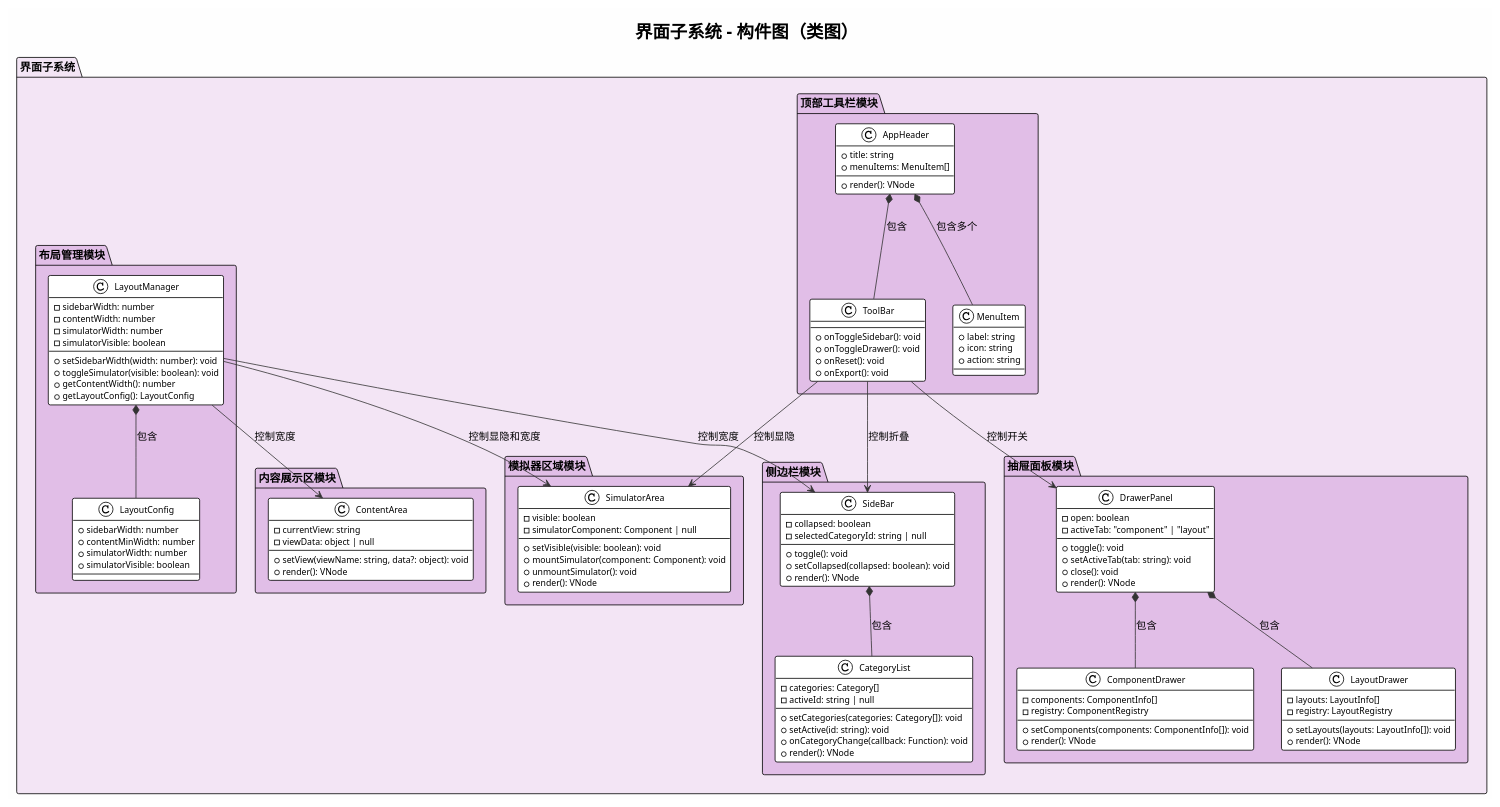
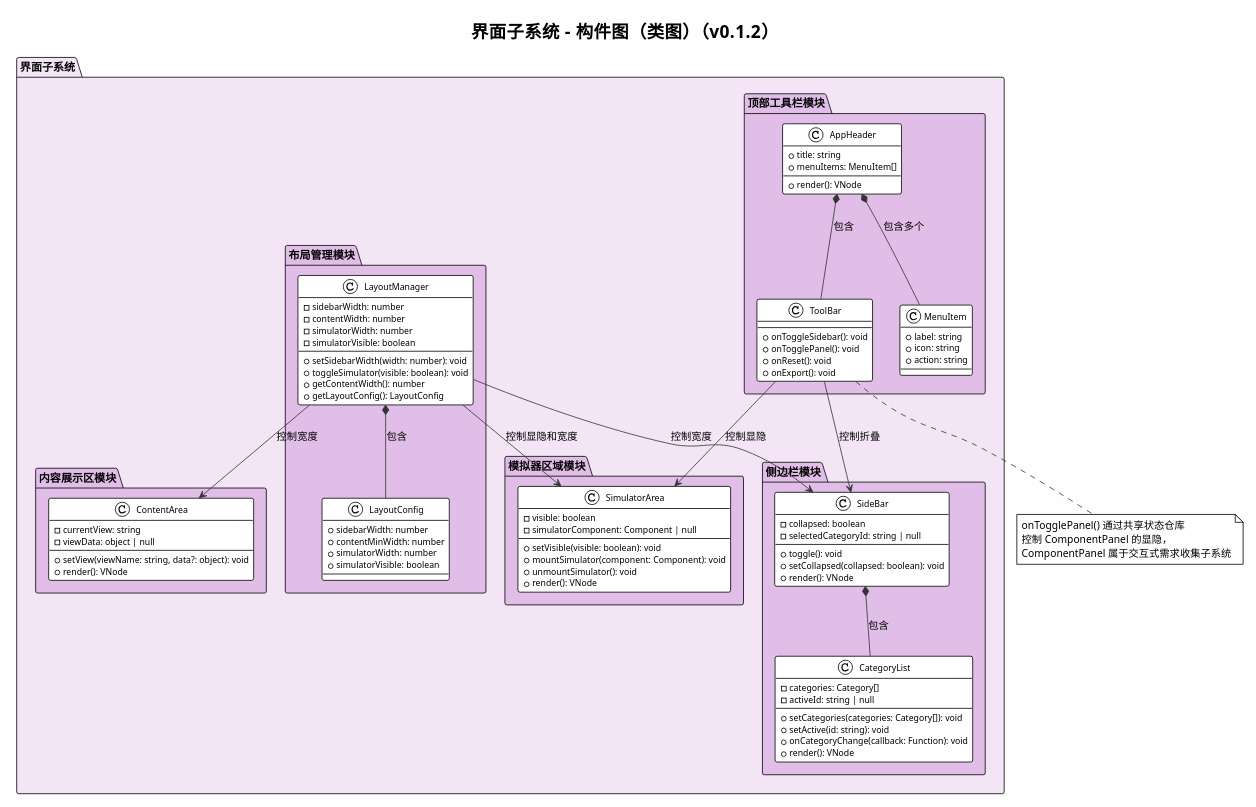
One commit to 24-Fahed/frontend_requirements_tool changed the diagram in docs/images/ui_class_diagram.puml. Above: the diagram before and after it, drawn with PlantUML. The commit also changed 48 other files, not shown here.

```diff
--- a/docs/images/ui_class_diagram.puml
+++ b/docs/images/ui_class_diagram.puml
@@ -1,152 +1,128 @@
 @startuml 界面子系统_类图
 !theme plain
 skinparam backgroundColor #FEFEFE
 skinparam defaultFontName SimHei
 skinparam NoteFontName SimHei
 skinparam PackageFontName SimHei
 skinparam ClassFontName SimHei
 skinparam TitleFontName SimHei
 skinparam LegendFontName SimHei
 skinparam ArrowColor #333333
 skinparam ClassFontSize 12
 skinparam ClassAttributeFontSize 11
 skinparam ClassMethodFontSize 11
 
-title 界面子系统 - 构件图（类图）
+title 界面子系统 - 构件图（类图）（v0.1.2）
 
 package "界面子系统" as UI_SYS #F3E5F5 {
 
   ' 顶部工具栏模块
   package "顶部工具栏模块" as MOD_HEADER #E1BEE7 {
 
     class AppHeader {
       + title: string
       + menuItems: MenuItem[]
       + render(): VNode
     }
 
     class ToolBar {
       + onToggleSidebar(): void
-      + onToggleDrawer(): void
+      + onTogglePanel(): void
       + onReset(): void
       + onExport(): void
     }
 
     class MenuItem {
       + label: string
       + icon: string
       + action: string
     }
   }
 
   ' 侧边栏模块
   package "侧边栏模块" as MOD_SIDEBAR #E1BEE7 {
 
     class SideBar {
       - collapsed: boolean
       - selectedCategoryId: string | null
       + toggle(): void
       + setCollapsed(collapsed: boolean): void
       + render(): VNode
     }
 
     class CategoryList {
       - categories: Category[]
       - activeId: string | null
       + setCategories(categories: Category[]): void
       + setActive(id: string): void
       + onCategoryChange(callback: Function): void
       + render(): VNode
     }
   }
 
   ' 内容展示区模块
   package "内容展示区模块" as MOD_CONTENT #E1BEE7 {
 
     class ContentArea {
       - currentView: string
       - viewData: object | null
       + setView(viewName: string, data?: object): void
       + render(): VNode
     }
   }
 
   ' 模拟器区域模块
   package "模拟器区域模块" as MOD_SIM_AREA #E1BEE7 {
 
     class SimulatorArea {
       - visible: boolean
       - simulatorComponent: Component | null
       + setVisible(visible: boolean): void
       + mountSimulator(component: Component): void
       + unmountSimulator(): void
       + render(): VNode
     }
   }
 
-  ' 抽屉面板模块
-  package "抽屉面板模块" as MOD_DRAWER #E1BEE7 {
-
-    class DrawerPanel {
-      - open: boolean
-      - activeTab: "component" | "layout"
-      + toggle(): void
-      + setActiveTab(tab: string): void
-      + close(): void
-      + render(): VNode
-    }
-
-    class ComponentDrawer {
-      - components: ComponentInfo[]
-      - registry: ComponentRegistry
-      + setComponents(components: ComponentInfo[]): void
-      + render(): VNode
-    }
-
-    class LayoutDrawer {
-      - layouts: LayoutInfo[]
-      - registry: LayoutRegistry
-      + setLayouts(layouts: LayoutInfo[]): void
-      + render(): VNode
-    }
-  }
-
   ' 布局管理模块
   package "布局管理模块" as MOD_LAYOUT #E1BEE7 {
 
     class LayoutManager {
       - sidebarWidth: number
       - contentWidth: number
       - simulatorWidth: number
       - simulatorVisible: boolean
       + setSidebarWidth(width: number): void
       + toggleSimulator(visible: boolean): void
       + getContentWidth(): number
       + getLayoutConfig(): LayoutConfig
     }
 
     class LayoutConfig {
       + sidebarWidth: number
       + contentMinWidth: number
       + simulatorWidth: number
       + simulatorVisible: boolean
     }
   }
 }
 
 ' === 关系 ===
 AppHeader *-- ToolBar : 包含
 AppHeader *-- MenuItem : 包含多个
 SideBar *-- CategoryList : 包含
-DrawerPanel *-- ComponentDrawer : 包含
-DrawerPanel *-- LayoutDrawer : 包含
 LayoutManager *-- LayoutConfig : 包含
 
 LayoutManager --> SideBar : 控制宽度
 LayoutManager --> ContentArea : 控制宽度
 LayoutManager --> SimulatorArea : 控制显隐和宽度
 ToolBar --> SideBar : 控制折叠
-ToolBar --> DrawerPanel : 控制开关
 ToolBar --> SimulatorArea : 控制显隐
 
+note bottom of ToolBar
+  onTogglePanel() 通过共享状态仓库
+  控制 ComponentPanel 的显隐，
+  ComponentPanel 属于交互式需求收集子系统
+end note
+
 @enduml
```
